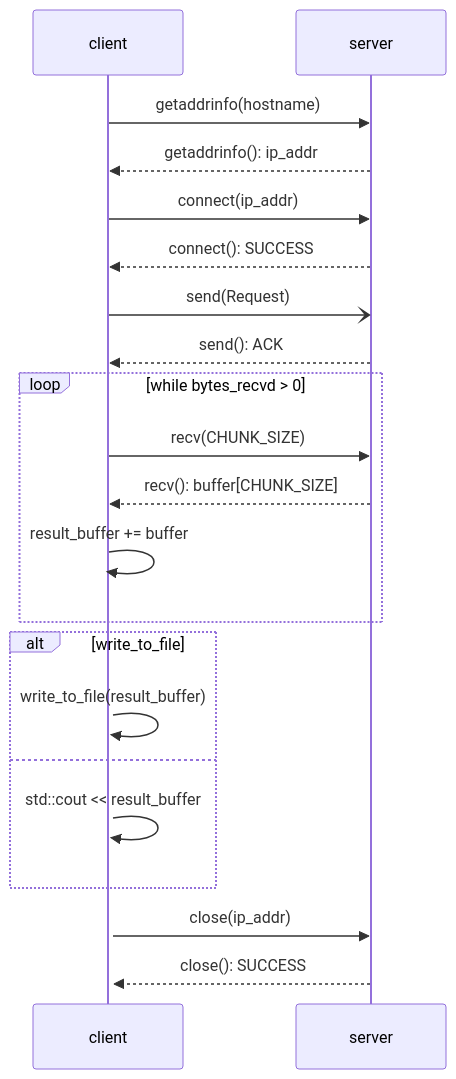
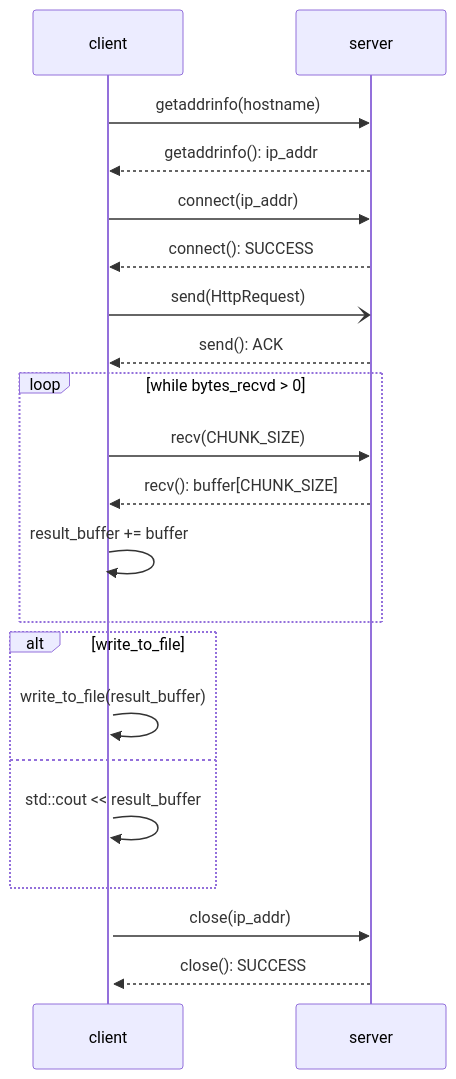
The diagram in snatch/README.md (hugoppp-uni/Rechnernetze), drawn with Mermaid before and after one commit. The commit also changed other lines of this file and 6 other files, not shown here.

Commit message:
Initial implementation of request handler. Extend HttpResponse class.

````diff
--- a/snatch/README.md
+++ b/snatch/README.md
@@ -25,25 +25,25 @@
 ```mermaid
 sequenceDiagram
     participant client
     participant server
     client->>server: getaddrinfo(hostname)
     server-->>client: getaddrinfo(): ip_addr
     client->>server: connect(ip_addr)
     server-->>client: connect(): SUCCESS
     
-    client-)server: send(Request)
+    client-)server: send(HttpRequest)
     server-->>client: send(): ACK
     loop while bytes_recvd > 0
         client->>server: recv(CHUNK_SIZE)
         server-->>client: recv(): buffer[CHUNK_SIZE]
         client->>+client: result_buffer += buffer
     end
         alt write_to_file
             client->>client: write_to_file(result_buffer)
         else
             client->>client: std::cout << result_buffer
         end
     
     client->>server: close(ip_addr)
     server-->>client: close(): SUCCESS
 ```
````
